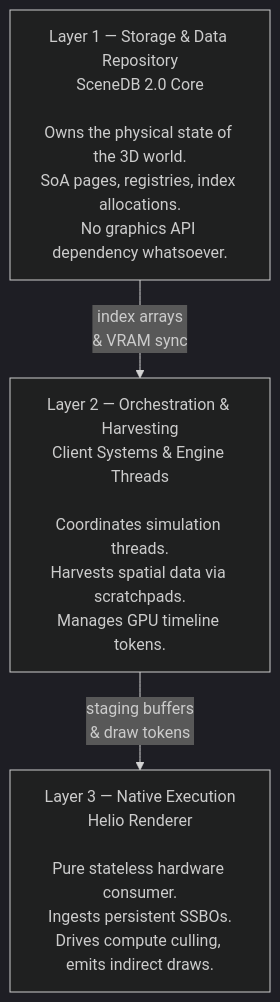
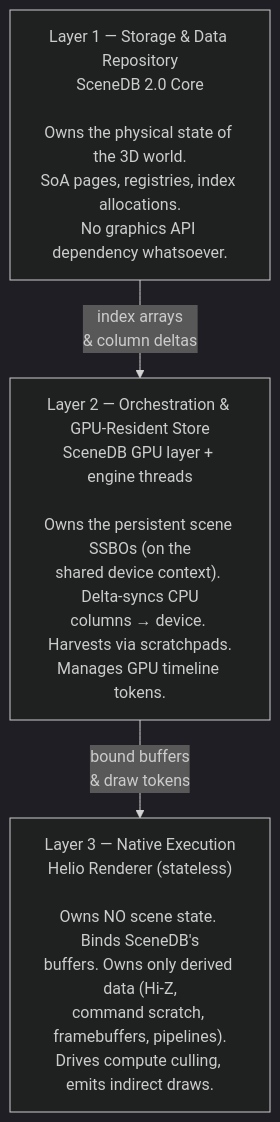
Before and after one commit to Far-Beyond-Pulsar/Pulsar-Native: the third of 14 diagrams in docs/superpowers/specs/SceneDB2.0.md, drawn with Mermaid (dark theme). The commit also changed other lines of this file and 2 other files, not shown here.

````diff
--- a/docs/superpowers/specs/SceneDB2.0.md
+++ b/docs/superpowers/specs/SceneDB2.0.md
@@ -105,9 +173,9 @@
 ```mermaid
 flowchart TD
     L1["Layer 1 — Storage & Data Repository\nSceneDB 2.0 Core\n\nOwns the physical state of the 3D world.\nSoA pages, registries, index allocations.\nNo graphics API dependency whatsoever."]
-    L2["Layer 2 — Orchestration & Harvesting\nClient Systems & Engine Threads\n\nCoordinates simulation threads.\nHarvests spatial data via scratchpads.\nManages GPU timeline tokens."]
-    L3["Layer 3 — Native Execution\nHelio Renderer\n\nPure stateless hardware consumer.\nIngests persistent SSBOs.\nDrives compute culling, emits indirect draws."]
+    L2["Layer 2 — Orchestration & GPU-Resident Store\nSceneDB GPU layer + engine threads\n\nOwns the persistent scene SSBOs (on the\nshared device context). Delta-syncs CPU\ncolumns → device. Harvests via scratchpads.\nManages GPU timeline tokens."]
+    L3["Layer 3 — Native Execution\nHelio Renderer (stateless)\n\nOwns NO scene state. Binds SceneDB's\nbuffers. Owns only derived data (Hi-Z,\ncommand scratch, framebuffers, pipelines).\nDrives compute culling, emits indirect draws."]
 
-    L1 -->|"index arrays\n& VRAM sync"| L2
-    L2 -->|"staging buffers\n& draw tokens"| L3
+    L1 -->|"index arrays\n& column deltas"| L2
+    L2 -->|"bound buffers\n& draw tokens"| L3
 ```
````
